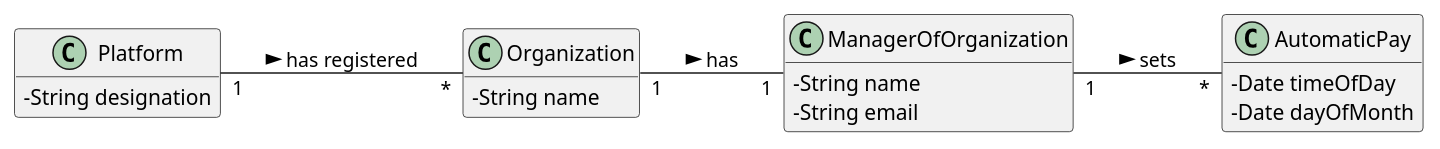
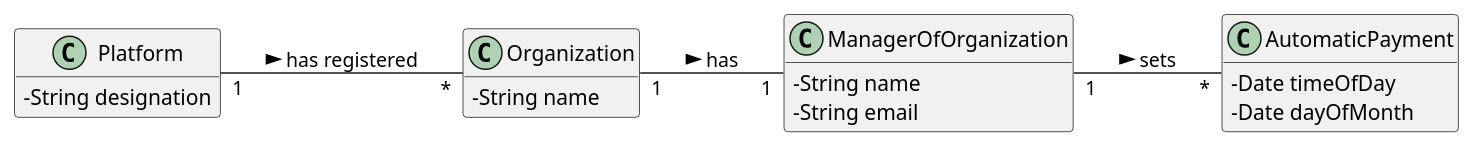
One commit to pedrolemos4/LAPR2 changed the diagram in docs/UC5 - Set Day of Payment/UC5_MD.puml. Above: the diagram before and after it, drawn with PlantUML. The commit also changed 2 other files, not shown here.

```diff
--- a/docs/UC5 - Set Day of Payment/UC5_MD.puml
+++ b/docs/UC5 - Set Day of Payment/UC5_MD.puml
@@ -1,27 +1,27 @@
 @startuml
 skinparam classAttributeIconSize 0
 hide methods
 left to right direction
 
 class Platform {
   -String designation
 }
 
 class ManagerOfOrganization {
   -String name
   -String email
 }
 
 class Organization {
   -String name
 }
 
-class AutomaticPay {
+class AutomaticPayment {
   -Date timeOfDay
   -Date dayOfMonth
 }
 
 Platform "1" -- "*" Organization : has registered >
 Organization "1" -- "1" ManagerOfOrganization : has >
-ManagerOfOrganization "1" -- "*" AutomaticPay : sets >
+ManagerOfOrganization "1" -- "*" AutomaticPayment : sets >
 @enduml
```
